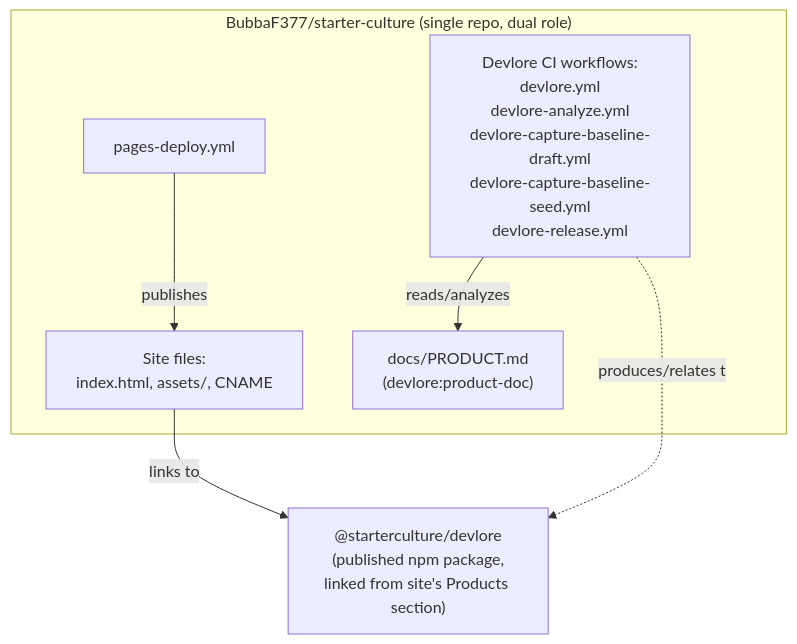
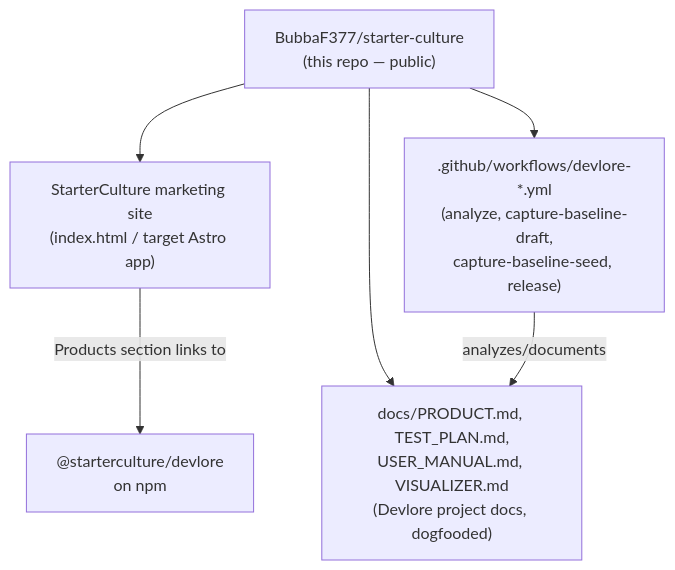
The third of 3 diagrams in docs/VISUALIZER.md (BubbaF377/starter-culture), drawn with Mermaid before and after one commit. The commit also changed other lines of this file, not shown here.

Commit message:
Update visualizer (requirements changed): starter-culture

````diff
--- a/docs/VISUALIZER.md
+++ b/docs/VISUALIZER.md
@@ -60,17 +59,14 @@
 ```mermaid
 flowchart TB
-    subgraph Repo["BubbaF377/starter-culture (single repo, dual role)"]
-        SiteFiles["Site files:\nindex.html, assets/, CNAME"]
-        ProductDoc["docs/PRODUCT.md\n(devlore:product-doc)"]
-        DevloreWorkflows["Devlore CI workflows:\ndevlore.yml\ndevlore-analyze.yml\ndevlore-capture-baseline-draft.yml\ndevlore-capture-baseline-seed.yml\ndevlore-release.yml"]
-        PagesWorkflow["pages-deploy.yml"]
-    end
+    repo["BubbaF377/starter-culture<br/>(this repo — public)"]
+    site["StarterCulture marketing site<br/>(index.html / target Astro app)"]
+    devloreDocs["docs/PRODUCT.md, TEST_PLAN.md,<br/>USER_MANUAL.md, VISUALIZER.md<br/>(Devlore project docs, dogfooded)"]
+    devloreCI[".github/workflows/devlore-*.yml<br/>(analyze, capture-baseline-draft,<br/>capture-baseline-seed, release)"]
+    devlorePkg["@starterculture/devlore<br/>on npm"]
 
-    DevloreWorkflows -->|reads/analyzes| ProductDoc
-    PagesWorkflow -->|publishes| SiteFiles
-
-    NPMPackage["@starterculture/devlore\n(published npm package,\nlinked from site's Products section)"]
-
-    SiteFiles -->|links to| NPMPackage
-    DevloreWorkflows -.produces/relates to.-> NPMPackage
+    repo --> site
+    repo --> devloreDocs
+    repo --> devloreCI
+    devloreCI -->|analyzes/documents| devloreDocs
+    site -->|Products section links to| devlorePkg
 ```
````
